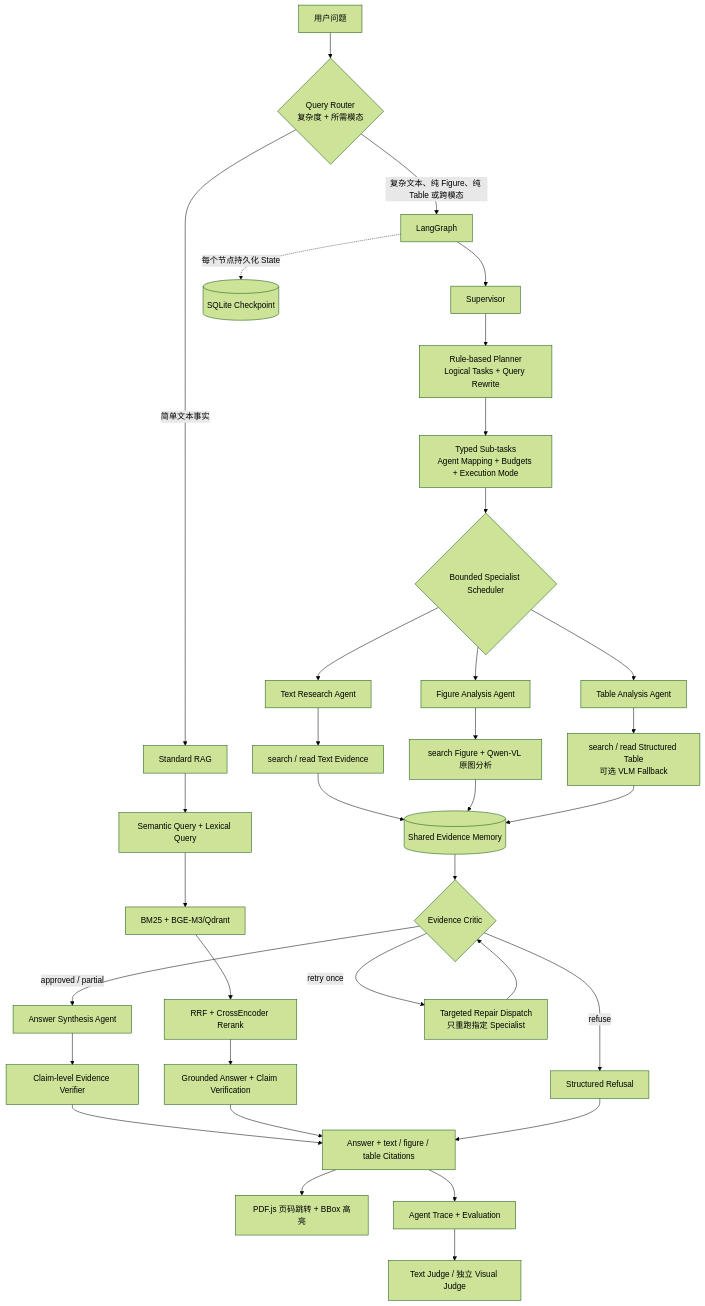
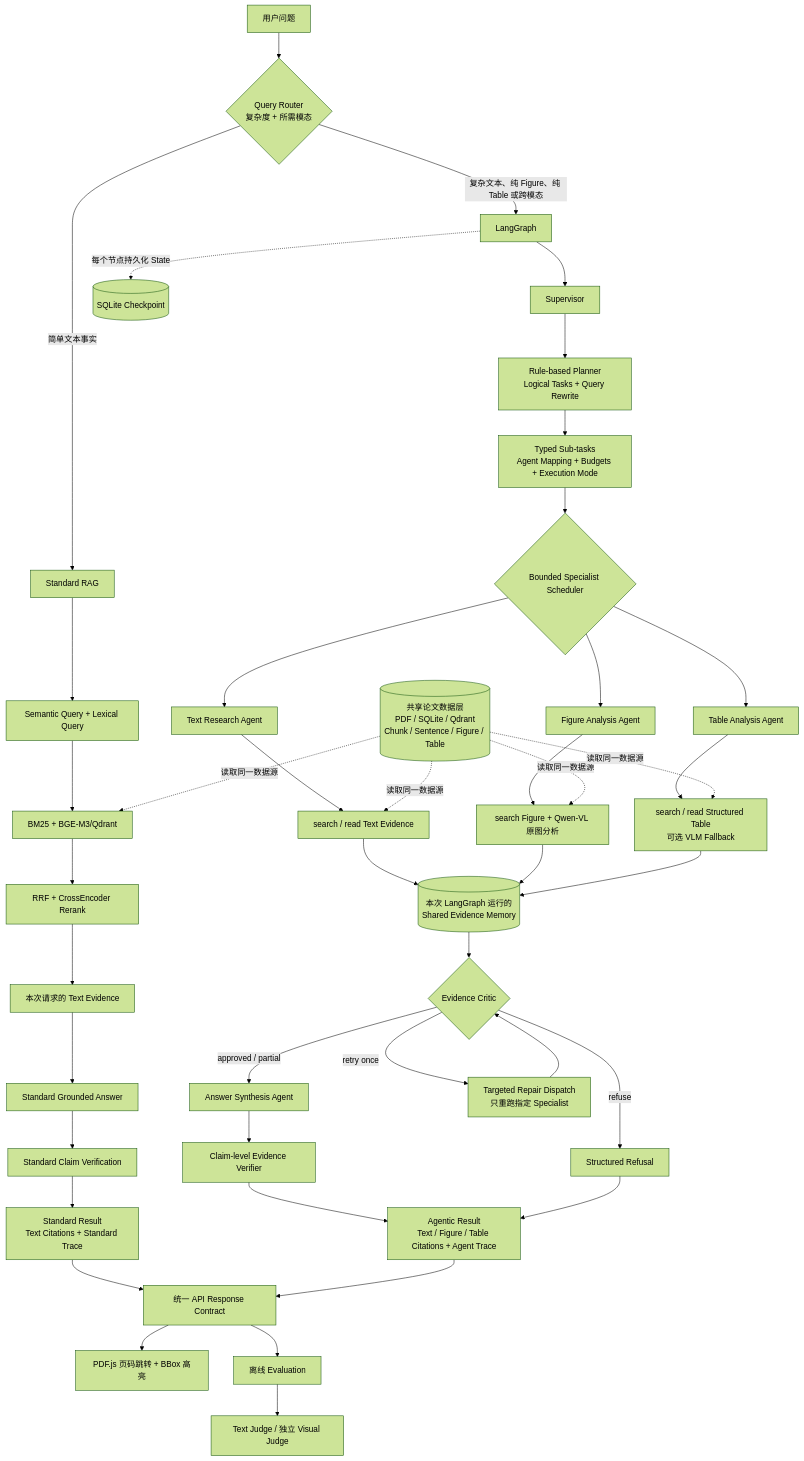
Before and after one commit to jiuBABY6/Paperlens: the second of 2 diagrams in README.md, drawn with Mermaid (forest theme). The commit also changed other lines of this file, not shown here.

Commit message:
docs: clarify shared data and isolated evidence paths

````diff
--- a/README.md
+++ b/README.md
@@ -63,44 +63,55 @@
 ```mermaid
 flowchart TD
     QUESTION[用户问题] --> ROUTER{Query Router<br/>复杂度 + 所需模态}
+
+    DATA[(共享论文数据层<br/>PDF / SQLite / Qdrant<br/>Chunk / Sentence / Figure / Table)]
 
     ROUTER -->|简单文本事实| STANDARD[Standard RAG]
     STANDARD --> QUERY_PLAN[Semantic Query + Lexical Query]
     QUERY_PLAN --> TEXT_SEARCH[BM25 + BGE-M3/Qdrant]
     TEXT_SEARCH --> FUSION[RRF + CrossEncoder Rerank]
-    FUSION --> STANDARD_ANSWER[Grounded Answer + Claim Verification]
+    DATA -. 读取同一数据源 .-> TEXT_SEARCH
+    FUSION --> STANDARD_EVIDENCE[本次请求的 Text Evidence]
+    STANDARD_EVIDENCE --> STANDARD_ANSWER[Standard Grounded Answer]
+    STANDARD_ANSWER --> STANDARD_VERIFY[Standard Claim Verification]
+    STANDARD_VERIFY --> STANDARD_RESULT[Standard Result<br/>Text Citations + Standard Trace]
 
     ROUTER -->|复杂文本、纯 Figure、纯 Table 或跨模态| GRAPH[LangGraph]
     GRAPH --> SUPERVISOR[Supervisor]
     SUPERVISOR --> PLANNER[Rule-based Planner<br/>Logical Tasks + Query Rewrite]
     PLANNER --> PLAN[Typed Sub-tasks<br/>Agent Mapping + Budgets + Execution Mode]
     PLAN --> DISPATCH{Bounded Specialist Scheduler}
 
     DISPATCH --> TEXT_AGENT[Text Research Agent]
     DISPATCH --> FIGURE_AGENT[Figure Analysis Agent]
     DISPATCH --> TABLE_AGENT[Table Analysis Agent]
 
     TEXT_AGENT --> TEXT_TOOLS[search / read Text Evidence]
     FIGURE_AGENT --> FIGURE_TOOLS[search Figure + Qwen-VL 原图分析]
     TABLE_AGENT --> TABLE_TOOLS[search / read Structured Table<br/>可选 VLM Fallback]
+    DATA -. 读取同一数据源 .-> TEXT_TOOLS
+    DATA -. 读取同一数据源 .-> FIGURE_TOOLS
+    DATA -. 读取同一数据源 .-> TABLE_TOOLS
 
-    TEXT_TOOLS --> MEMORY[(Shared Evidence Memory)]
+    TEXT_TOOLS --> MEMORY[(本次 LangGraph 运行的<br/>Shared Evidence Memory)]
     FIGURE_TOOLS --> MEMORY
     TABLE_TOOLS --> MEMORY
     MEMORY --> CRITIC{Evidence Critic}
 
     CRITIC -->|approved / partial| ANSWER[Answer Synthesis Agent]
     CRITIC -->|retry once| REPAIR[Targeted Repair Dispatch<br/>只重跑指定 Specialist]
     REPAIR --> CRITIC
     CRITIC -->|refuse| REFUSAL[Structured Refusal]
 
     ANSWER --> VERIFY[Claim-level Evidence Verifier]
-    VERIFY --> OUTPUT[Answer + text / figure / table Citations]
-    STANDARD_ANSWER --> OUTPUT
-    REFUSAL --> OUTPUT
-    OUTPUT --> UI[PDF.js 页码跳转 + BBox 高亮]
-    OUTPUT --> TRACE[Agent Trace + Evaluation]
-    TRACE --> JUDGE[Text Judge / 独立 Visual Judge]
+    VERIFY --> AGENT_RESULT[Agentic Result<br/>Text / Figure / Table Citations + Agent Trace]
+    REFUSAL --> AGENT_RESULT
+
+    STANDARD_RESULT --> API[统一 API Response Contract]
+    AGENT_RESULT --> API
+    API --> UI[PDF.js 页码跳转 + BBox 高亮]
+    API --> EVAL[离线 Evaluation]
+    EVAL --> JUDGE[Text Judge / 独立 Visual Judge]
 
     GRAPH -. 每个节点持久化 State .-> CHECKPOINT[(SQLite Checkpoint)]
 ```
````
